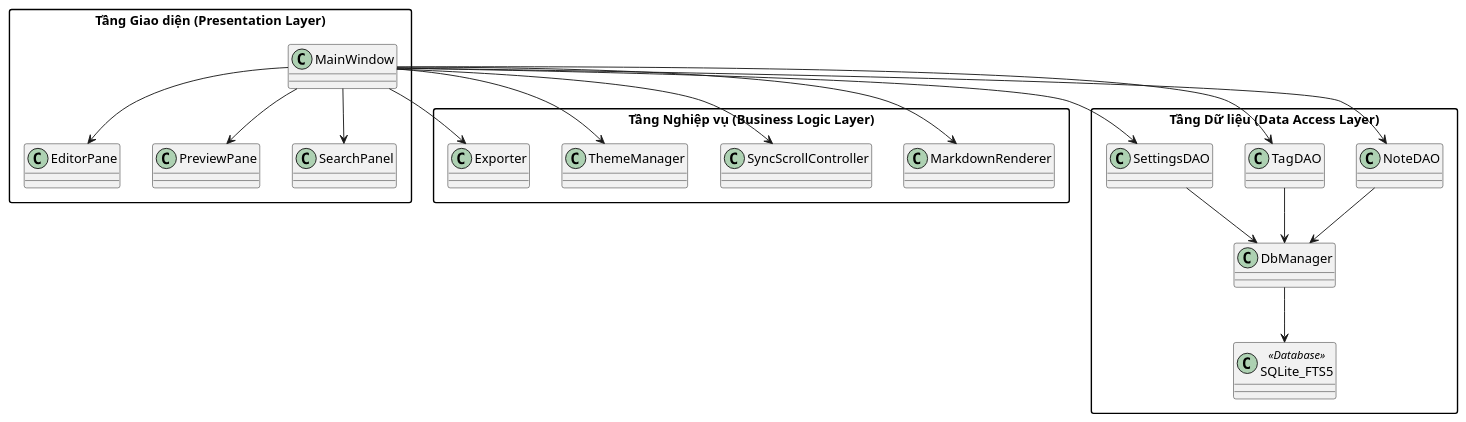
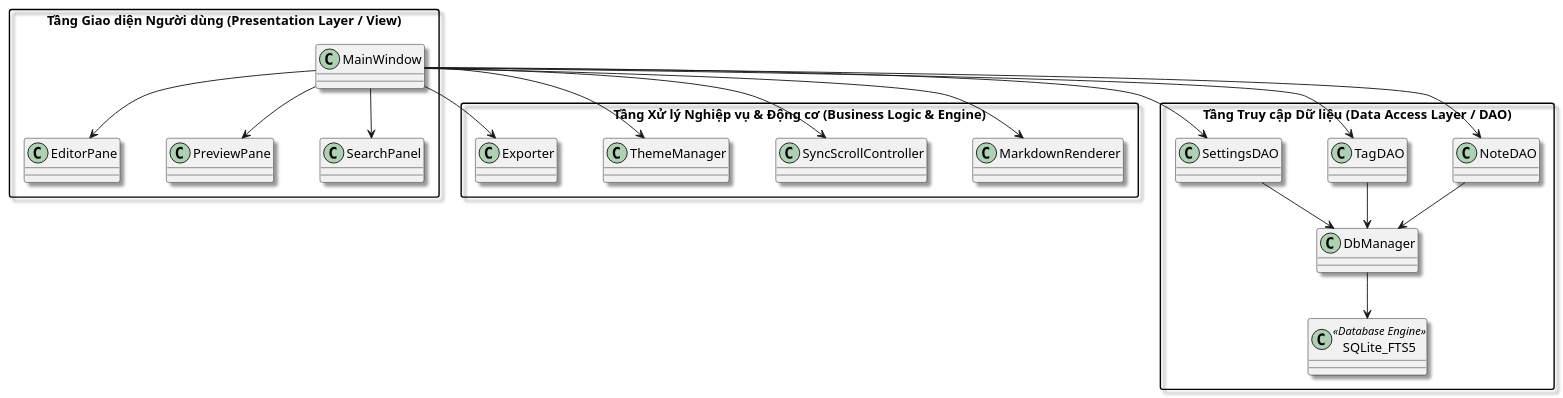
One commit to dotlinux26/marknote changed the diagram in docs/diagrams/kientruc.puml. Above: the diagram before and after it, drawn with PlantUML. The commit also changed 27 other files, not shown here.

Commit message:
fix(diagrams): remove deprecated skinparam and resolve label collisions in ERD

```diff
--- a/docs/diagrams/kientruc.puml
+++ b/docs/diagrams/kientruc.puml
@@ -1,44 +1,47 @@
 @startuml
 skinparam defaultFontName "Segoe UI"
 skinparam packageStyle rectangle
+skinparam shadowing true
+skinparam ranksep 50
+skinparam nodesep 50
 
-package "Tầng Giao diện (Presentation Layer)" {
+package "Tầng Giao diện Người dùng (Presentation Layer / View)" {
   class MainWindow
   class EditorPane
   class PreviewPane
   class SearchPanel
 }
 
-package "Tầng Nghiệp vụ (Business Logic Layer)" {
+package "Tầng Xử lý Nghiệp vụ & Động cơ (Business Logic & Engine)" {
   class MarkdownRenderer
   class SyncScrollController
   class ThemeManager
   class Exporter
 }
 
-package "Tầng Dữ liệu (Data Access Layer)" {
+package "Tầng Truy cập Dữ liệu (Data Access Layer / DAO)" {
   class DbManager
   class NoteDAO
   class TagDAO
   class SettingsDAO
-  class SQLite_FTS5 <<Database>>
+  class SQLite_FTS5 <<Database Engine>>
 }
 
 MainWindow --> EditorPane
 MainWindow --> PreviewPane
 MainWindow --> SearchPanel
 MainWindow --> SyncScrollController
 MainWindow --> MarkdownRenderer
 MainWindow --> ThemeManager
 MainWindow --> Exporter
 
 MainWindow --> NoteDAO
 MainWindow --> TagDAO
 MainWindow --> SettingsDAO
 
 NoteDAO --> DbManager
 TagDAO --> DbManager
 SettingsDAO --> DbManager
 DbManager --> SQLite_FTS5
 
 @enduml
```
